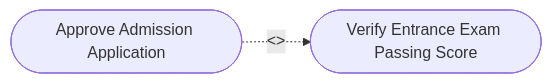
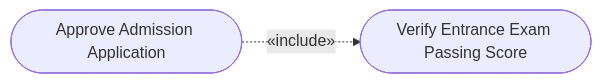
One commit to kirbygeagonia-create/EnrollmentManagementSystem changed the second of 17 diagrams in Documentation/Use-Case-Diagram-Guide.md. Above: the diagram before and after it, drawn with Mermaid. The commit also changed other lines of this file and 51 other files, not shown here.

````diff
--- a/Documentation/Use-Case-Diagram-Guide.md
+++ b/Documentation/Use-Case-Diagram-Guide.md
@@ -132,4 +132,4 @@
 ```mermaid
 flowchart LR
-    UC_Approve(["Approve Admission Application"]) -.->|"<<include>>"| UC_CheckExam(["Verify Entrance Exam Passing Score"])
+    UC_Approve(["Approve Admission Application"]) -.->|"«include»"| UC_CheckExam(["Verify Entrance Exam Passing Score"])
 ```
````
